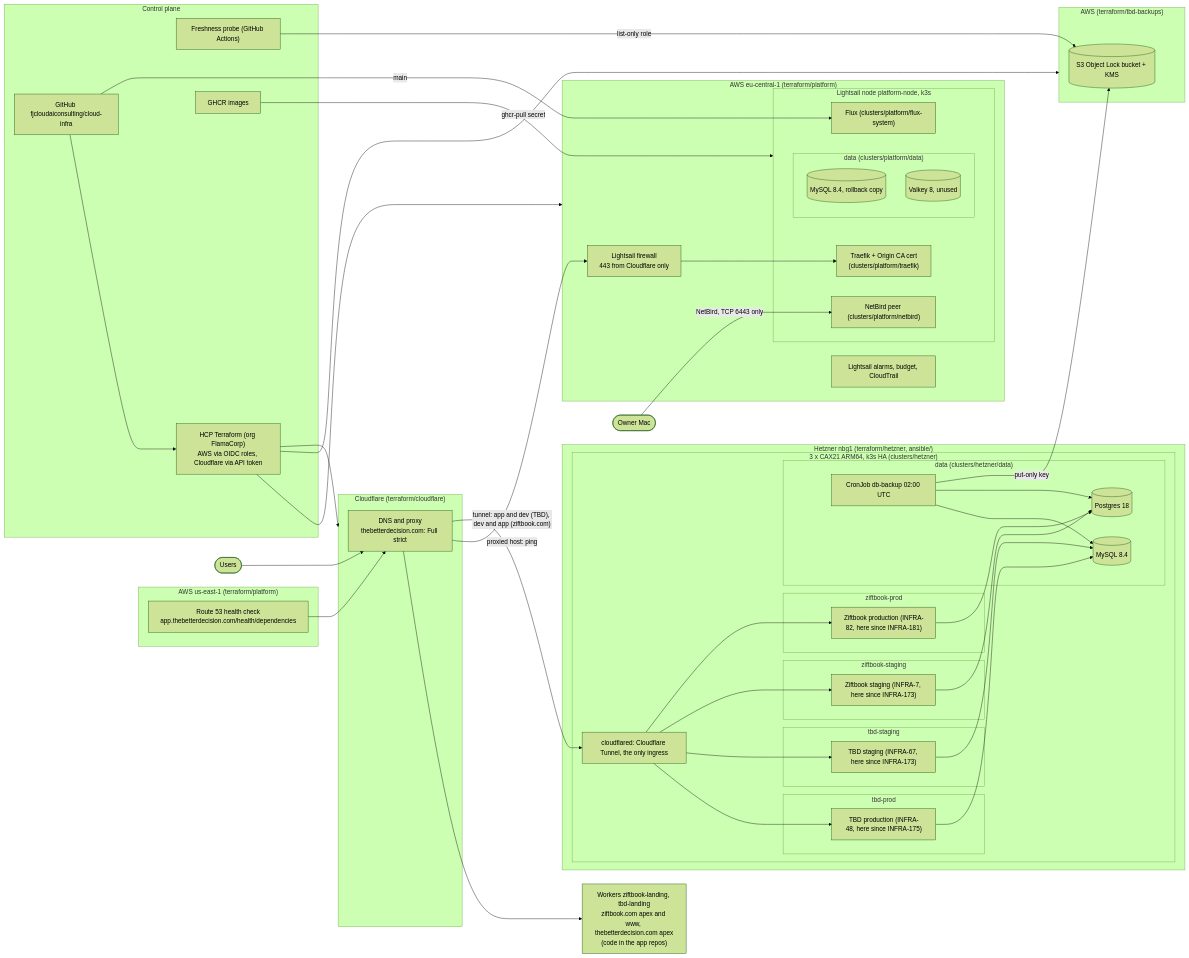
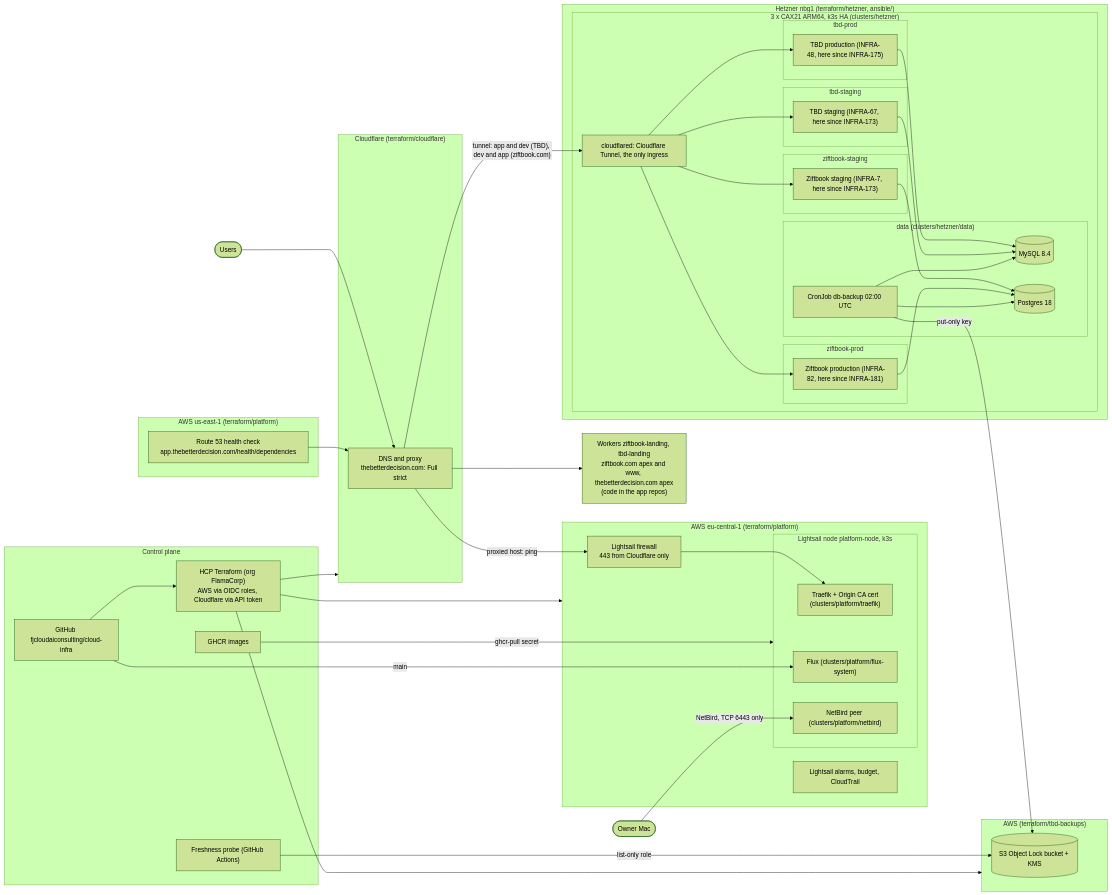
The diagram in docs/architecture.md (fjcloudaiconsulting/aws-infra), drawn with Mermaid (forest theme) before and after one commit. The commit also changed other lines of this file and 13 other files, not shown here.

````diff
--- a/docs/architecture.md
+++ b/docs/architecture.md
@@ -7,74 +7,70 @@
 ```mermaid
 flowchart LR
   user([Users]) --> cf
 
   subgraph cloudflare["Cloudflare (terraform/cloudflare)"]
     cf["DNS and proxy<br/>thebetterdecision.com: Full strict"]
   end
   worker["Workers ziftbook-landing, tbd-landing<br/>ziftbook.com apex and www, thebetterdecision.com apex<br/>(code in the app repos)"]
   cf --> worker
 
   subgraph aws_platform["AWS eu-central-1 (terraform/platform)"]
     fw["Lightsail firewall<br/>443 from Cloudflare only"]
     subgraph node["Lightsail node platform-node, k3s"]
       traefik["Traefik + Origin CA cert<br/>(clusters/platform/traefik)"]
-      subgraph ns_data["data (clusters/platform/data)"]
-        mysql[("MySQL 8.4, rollback copy")]
-        valkey[("Valkey 8, unused")]
-      end
       flux["Flux (clusters/platform/flux-system)"]
       netbird["NetBird peer (clusters/platform/netbird)"]
     end
     alarms["Lightsail alarms, budget, CloudTrail"]
   end
   cf -->|"proxied host: ping"| fw --> traefik
 
   subgraph hetzner["Hetzner nbg1 (terraform/hetzner, ansible/)"]
     subgraph hk3s["3 x CAX21 ARM64, k3s HA (clusters/hetzner)"]
       cfd["cloudflared: Cloudflare Tunnel, the only ingress"]
       subgraph ns_tbdp["tbd-prod"]
         tbdprod["TBD production (INFRA-48, here since INFRA-175)"]
       end
       subgraph ns_tbds["tbd-staging"]
         tbdstg["TBD staging (INFRA-67, here since INFRA-173)"]
       end
       subgraph ns_zif["ziftbook-staging"]
         zifapp["Ziftbook staging (INFRA-7, here since INFRA-173)"]
       end
       subgraph ns_zifp["ziftbook-prod"]
         zifprod["Ziftbook production (INFRA-82, here since INFRA-181)"]
       end
       subgraph hdata["data (clusters/hetzner/data)"]
         hmysql[("MySQL 8.4")]
         hpostgres[("Postgres 18")]
         hbackup["CronJob db-backup 02:00 UTC"]
       end
     end
   end
   cf -->|"tunnel: app and dev (TBD), dev and app (ziftbook.com)"| cfd --> tbdprod & tbdstg & zifapp & zifprod
   tbdprod & tbdstg --> hmysql
   zifapp & zifprod --> hpostgres
   hbackup --> hmysql & hpostgres
 
   subgraph aws_backups["AWS (terraform/tbd-backups)"]
     bucket[("S3 Object Lock bucket + KMS")]
   end
   hbackup -->|"put-only key"| bucket
   probe -->|"list-only role"| bucket
 
   subgraph useast["AWS us-east-1 (terraform/platform)"]
     hc["Route 53 health check<br/>app.thebetterdecision.com/health/dependencies"]
   end
   hc --> cf
 
   subgraph control["Control plane"]
     gh["GitHub fjcloudaiconsulting/cloud-infra"]
     tfc["HCP Terraform (org FlamaCorp)<br/>AWS via OIDC roles, Cloudflare via API token"]
     ghcr["GHCR images"]
     probe["Freshness probe (GitHub Actions)"]
   end
   gh --> tfc --> aws_platform & aws_backups & cloudflare
   gh -->|"main"| flux
   ghcr -->|"ghcr-pull secret"| node
   owner([Owner Mac]) -->|"NetBird, TCP 6443 only"| netbird
 ```
````
